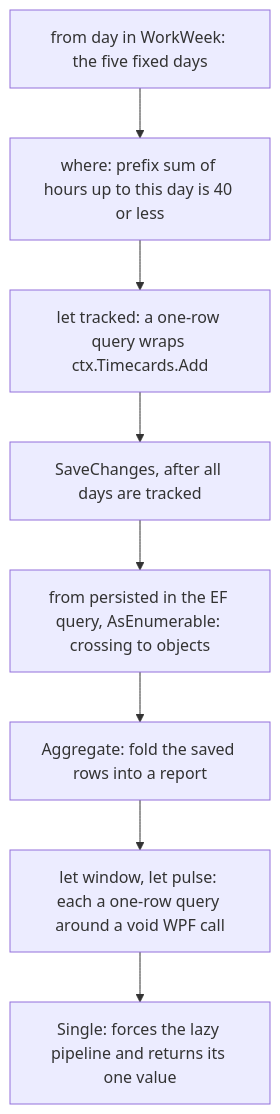
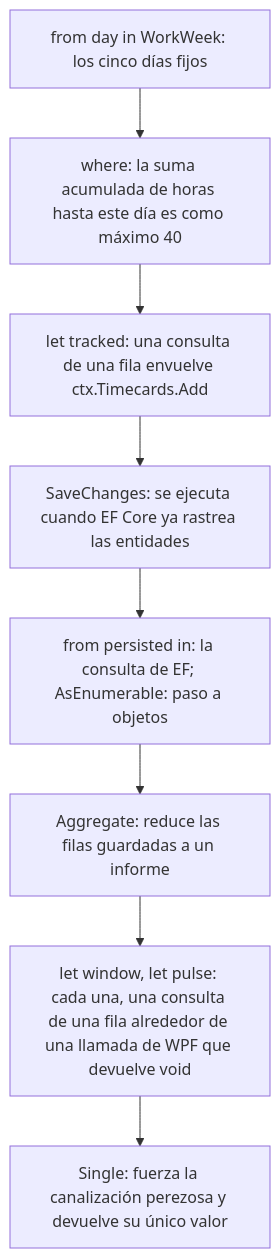
The sixth of 9 diagrams in lessons/lenguajes/csharp-linq-xaml.md (dullroar/aprende-a-programar-como-un-bicho-raro), drawn with Mermaid before and after one commit. The commit also changed other lines of this file and 31 other files, not shown here.

First line of the commit message:
loop(P5-001): regenerate Spanish generated blocks; second run is a no-op

````diff
--- a/lessons/lenguajes/csharp-linq-xaml.md
+++ b/lessons/lenguajes/csharp-linq-xaml.md
@@ -259,12 +259,12 @@
 ```mermaid
 flowchart TD
-    accTitle: LinqChallenge2: query syntax over the five fixed days, forced by one Single
-    accDescr: A flowchart. The first query ranges over the five fixed days. Its where clause recomputes the running total as a prefix sum, with no accumulator, and keeps a day only while the total is 40 or less. A let clause wraps the EF Core Add in a one-row query to get a value from a void call. SaveChanges follows. The second query ranges over the EF Core query for this run, crossing to objects with AsEnumerable. An Aggregate folds the saved rows into a report. Further let clauses, each a one-row query, build the window and the pulse. A final Single forces the lazy pipeline to run and returns its one value.
-    A["from day in WorkWeek: the five fixed days"] --> B["where: prefix sum of hours up to this day is 40 or less"]
-    B --> C["let tracked: a one-row query wraps ctx.Timecards.Add"]
-    C --> D["SaveChanges, after all days are tracked"]
-    D --> E["from persisted in the EF query, AsEnumerable: crossing to objects"]
-    E --> F["Aggregate: fold the saved rows into a report"]
-    F --> G["let window, let pulse: each a one-row query around a void WPF call"]
-    G --> H["Single: forces the lazy pipeline and returns its one value"]
+    accTitle: LinqChallenge2: sintaxis de consulta sobre los cinco días fijos, forzada por un único Single
+    accDescr: Un diagrama de flujo. La primera consulta recorre los cinco días fijos. Su cláusula where recalcula, sin acumulador, la suma acumulada de horas hasta ese día y conserva un día solo mientras ese total no pasa de 40. Una cláusula let envuelve el Add de EF Core en una consulta de una fila para obtener un valor de una llamada void. SaveChanges se ejecuta después, cuando EF Core ya rastrea las entidades. La segunda consulta recorre la consulta de EF Core de esta ejecución y pasa a objetos con AsEnumerable. Un Aggregate reduce las filas guardadas a un informe. Otras cláusulas let, cada una con una consulta de una fila, construyen la ventana y el pulso. Un Single final obliga a ejecutar la canalización perezosa y devuelve su único valor.
+    A["from day in WorkWeek: los cinco días fijos"] --> B["where: la suma acumulada de horas hasta este día es como máximo 40"]
+    B --> C["let tracked: una consulta de una fila envuelve ctx.Timecards.Add"]
+    C --> D["SaveChanges: se ejecuta cuando EF Core ya rastrea las entidades"]
+    D --> E["from persisted in: la consulta de EF; AsEnumerable: paso a objetos"]
+    E --> F["Aggregate: reduce las filas guardadas a un informe"]
+    F --> G["let window, let pulse: cada una, una consulta de una fila alrededor de una llamada de WPF que devuelve void"]
+    G --> H["Single: fuerza la canalización perezosa y devuelve su único valor"]
 ```
````
